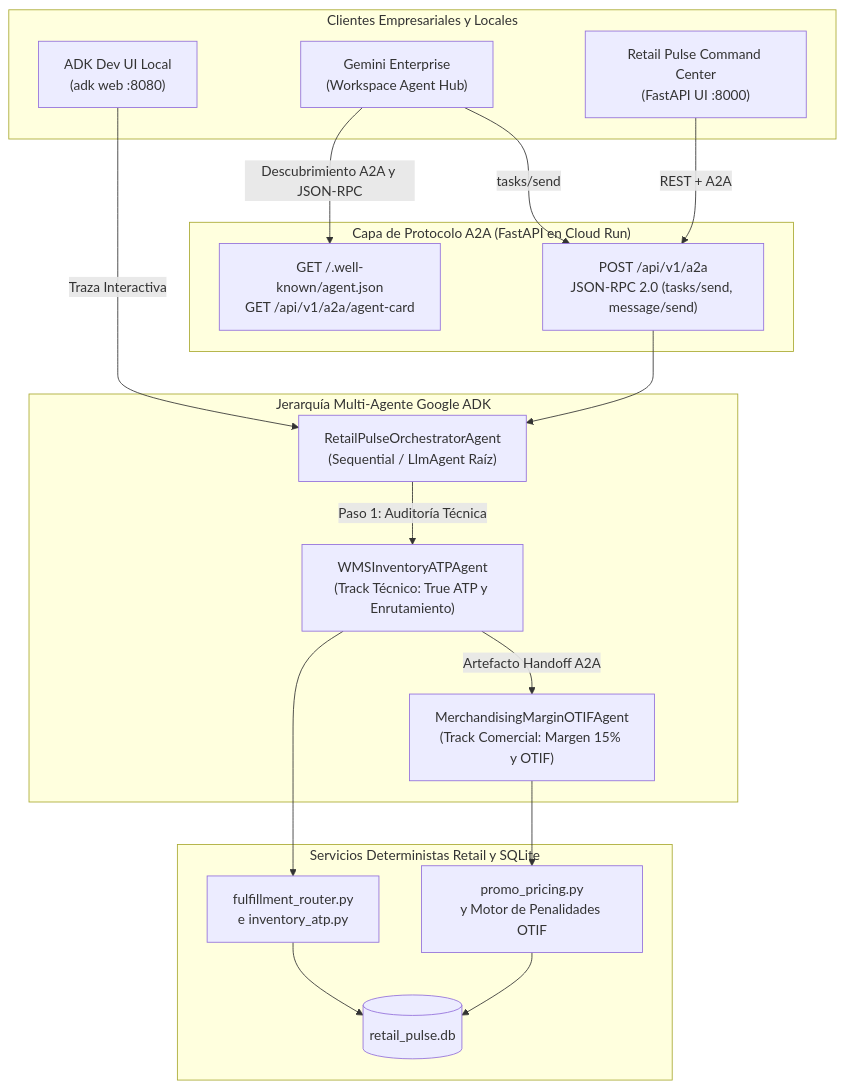
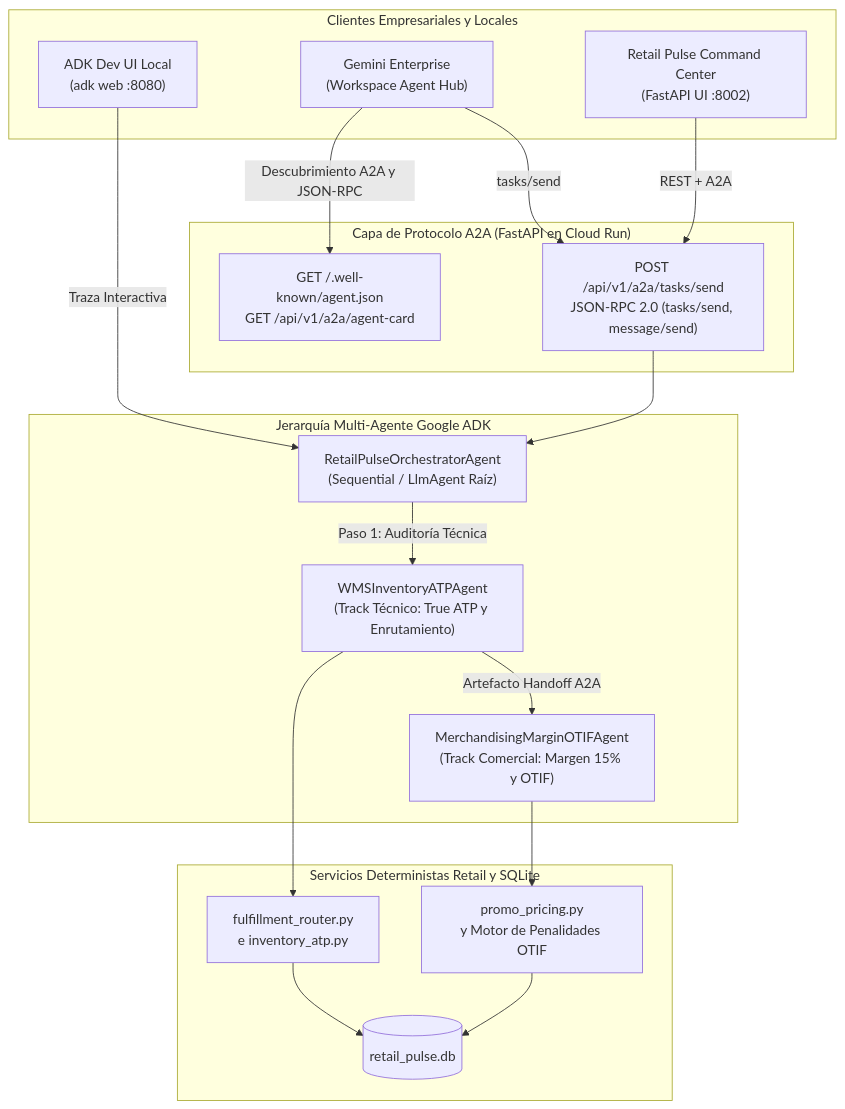
One commit to tryolabs/antigravity-workshop-retail changed the diagram in labs/lab-04-multi-agent-capstone/README.es.md. Above: the diagram before and after it, drawn with Mermaid. The commit also changed other lines of this file and 44 other files, not shown here.

````diff
--- a/labs/lab-04-multi-agent-capstone/README.es.md
+++ b/labs/lab-04-multi-agent-capstone/README.es.md
@@ -37,37 +39,37 @@
 ```mermaid
 flowchart TB
     subgraph ClientLayer["Clientes Empresariales y Locales"]
         GE["Gemini Enterprise\n(Workspace Agent Hub)"]
         ADKWeb["ADK Dev UI Local\n(adk web :8080)"]
-        Dashboard["Retail Pulse Command Center\n(FastAPI UI :8000)"]
+        Dashboard["Retail Pulse Command Center\n(FastAPI UI :8002)"]
     end
 
     subgraph A2ALayer["Capa de Protocolo A2A (FastAPI en Cloud Run)"]
         AgentCard["GET /.well-known/agent.json\nGET /api/v1/a2a/agent-card"]
-        JsonRpc["POST /api/v1/a2a\nJSON-RPC 2.0 (tasks/send, message/send)"]
+        JsonRpc["POST /api/v1/a2a/tasks/send\nJSON-RPC 2.0 (tasks/send, message/send)"]
     end
 
     subgraph ADKRuntime["Jerarquía Multi-Agente Google ADK"]
         Root["RetailPulseOrchestratorAgent\n(Sequential / LlmAgent Raíz)"]
         WMS["WMSInventoryATPAgent\n(Track Técnico: True ATP y Enrutamiento)"]
         Merch["MerchandisingMarginOTIFAgent\n(Track Comercial: Margen 15% y OTIF)"]
     end
 
     subgraph DataLayer["Servicios Deterministas Retail y SQLite"]
         Router["fulfillment_router.py\ne inventory_atp.py"]
         Promo["promo_pricing.py\ny Motor de Penalidades OTIF"]
         DB[("retail_pulse.db")]
     end
 
     GE -->|"Descubrimiento A2A y JSON-RPC"| AgentCard
     GE -->|"tasks/send"| JsonRpc
     ADKWeb -->|"Traza Interactiva"| Root
     Dashboard -->|"REST + A2A"| JsonRpc
     JsonRpc --> Root
     Root -->|"Paso 1: Auditoría Técnica"| WMS
     WMS -->|"Artefacto Handoff A2A"| Merch
     WMS --> Router
     Merch --> Promo
     Router --> DB
     Promo --> DB
 ```
````
